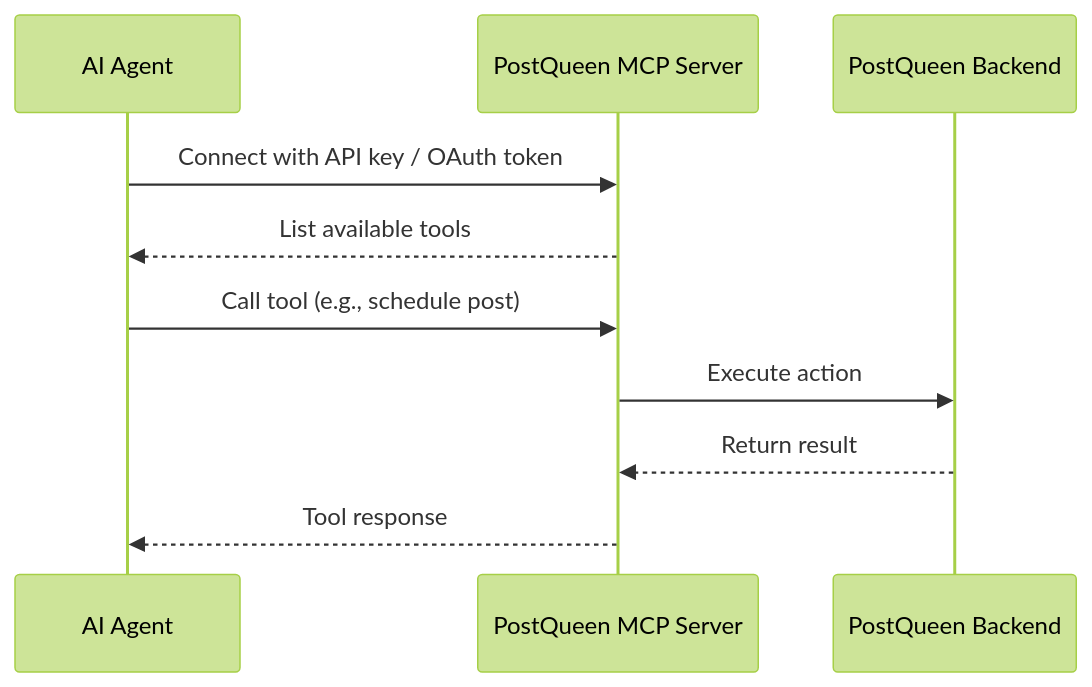
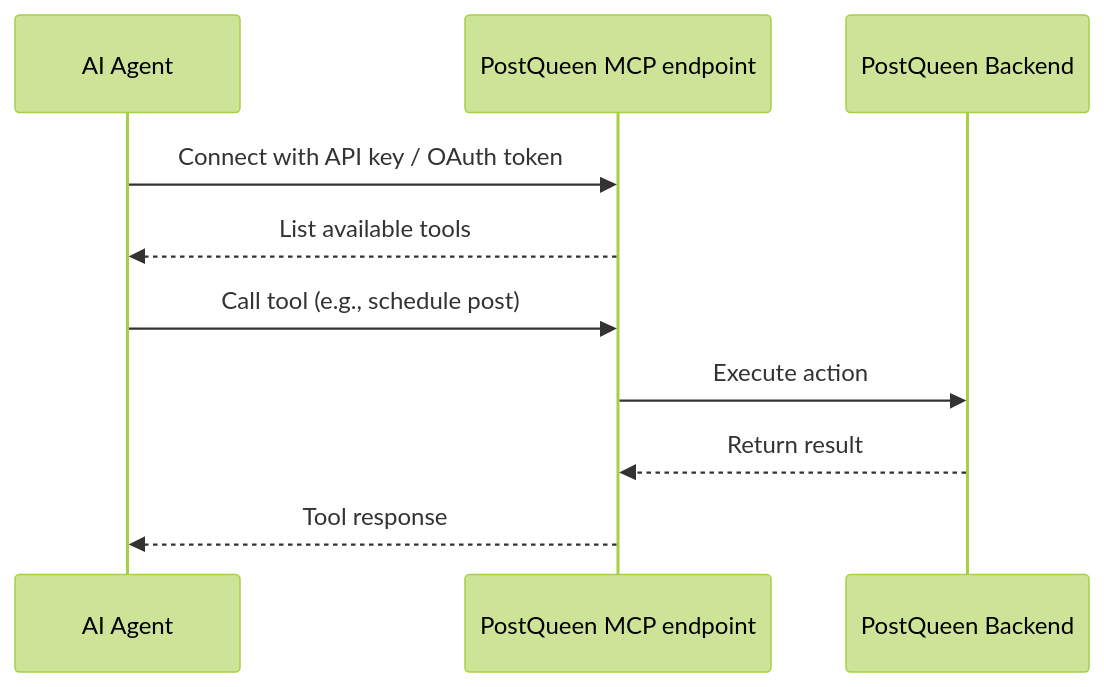
Before and after one commit to GkhanKINAY/postqueen-docs: the diagram in mcp/introduction.mdx, drawn with Mermaid (forest theme). The commit also changed other lines of this file and 101 other files, not shown here.

````diff
--- a/mcp/introduction.mdx
+++ b/mcp/introduction.mdx
@@ -16,13 +22,13 @@
 ```mermaid
 sequenceDiagram
     participant Agent as AI Agent
-    participant MCP as PostQueen MCP Server
+    participant MCP as PostQueen MCP endpoint
     participant PostQueen as PostQueen Backend
 
     Agent->>MCP: Connect with API key / OAuth token
     MCP-->>Agent: List available tools
     Agent->>MCP: Call tool (e.g., schedule post)
     MCP->>PostQueen: Execute action
     PostQueen-->>MCP: Return result
     MCP-->>Agent: Tool response
 ```
````
